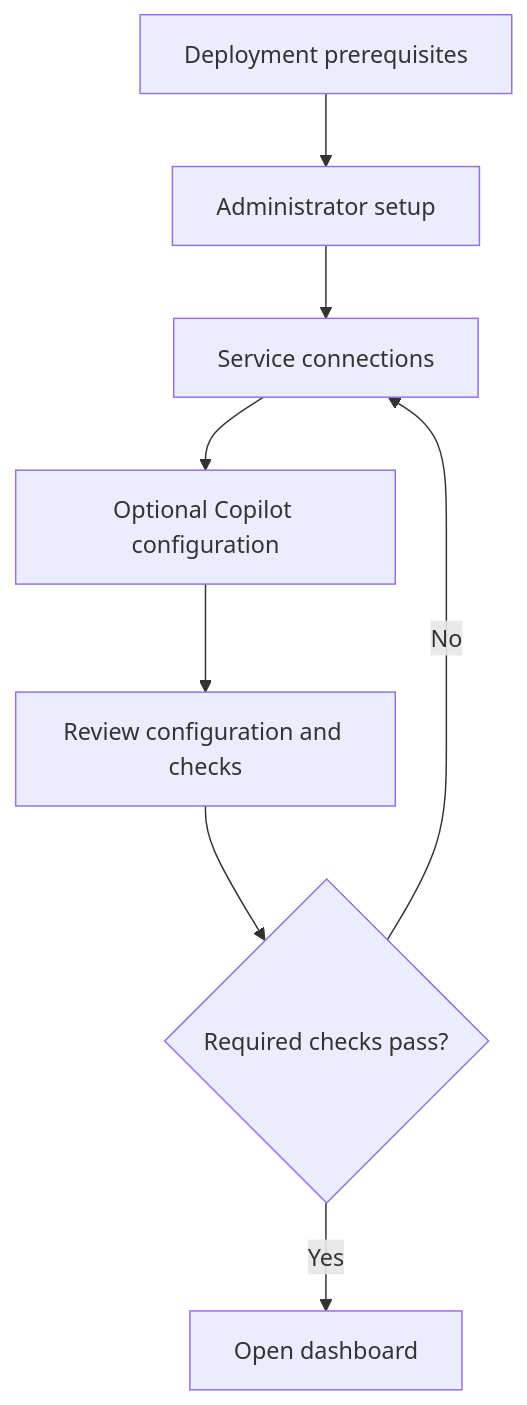
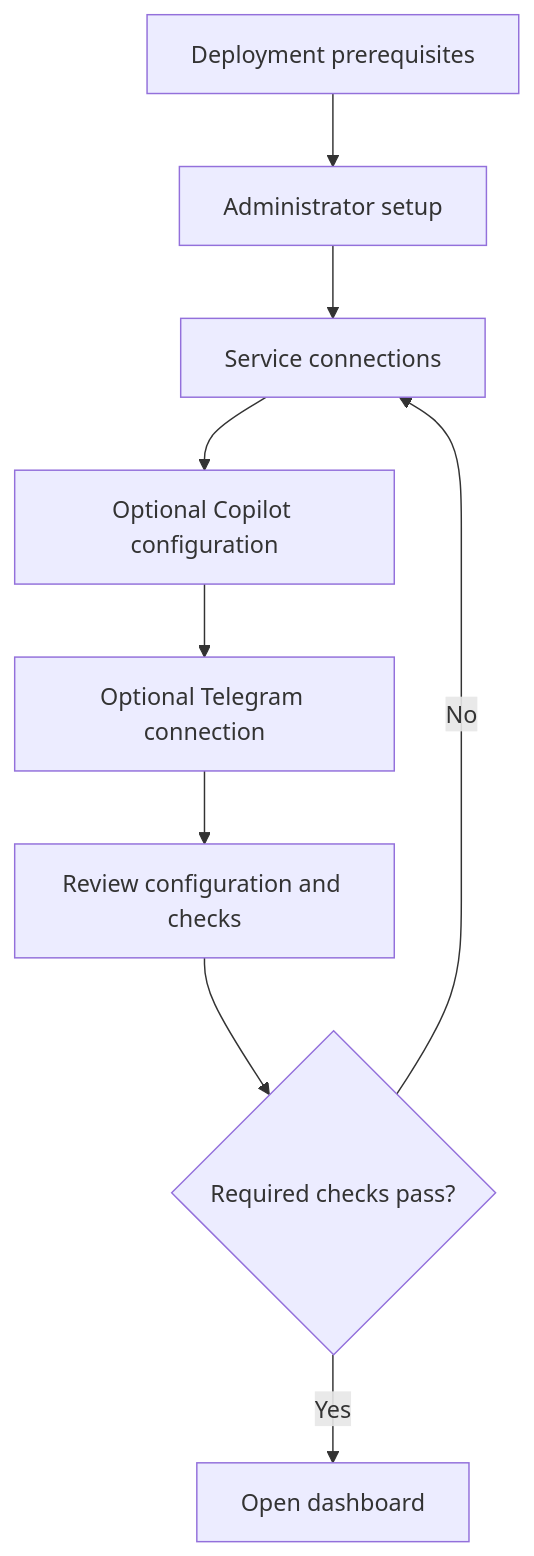
One commit to SYRRUS-Ali/Bantis changed the diagram in docs/wizard-dashboard-design.md. Above: the diagram before and after it, drawn with Mermaid. The commit also changed other lines of this file and 2 other files, not shown here.

Commit message:
docs: document optional Telegram setup

````diff
--- a/docs/wizard-dashboard-design.md
+++ b/docs/wizard-dashboard-design.md
@@ -56,10 +58,11 @@
 ```mermaid
 flowchart TD
     A[Deployment prerequisites] --> B[Administrator setup]
     B --> C[Service connections]
     C --> D[Optional Copilot configuration]
-    D --> E[Review configuration and checks]
+    D --> T[Optional Telegram connection]
+    T --> E[Review configuration and checks]
     E --> F{Required checks pass?}
     F -->|No| C
     F -->|Yes| G[Open dashboard]
 ```
````
